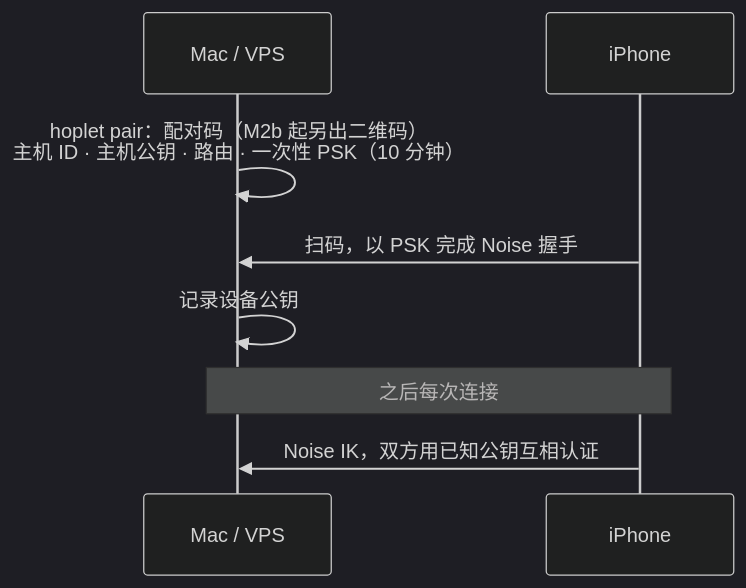
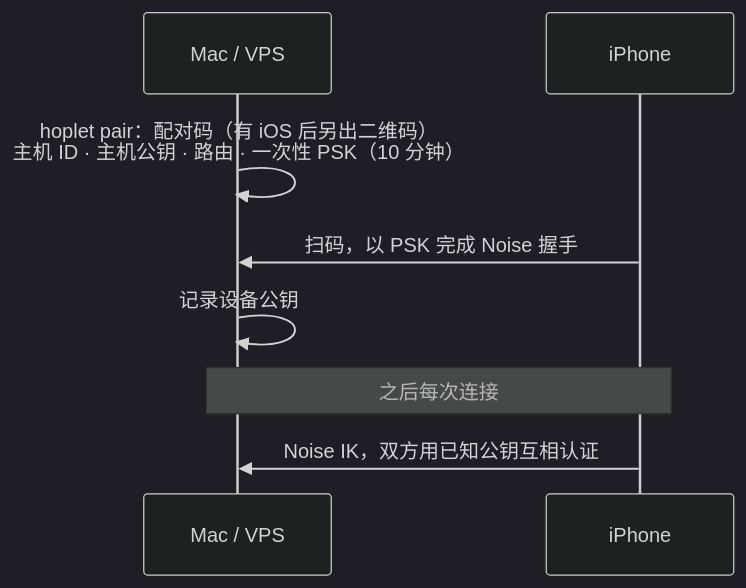
Before and after one commit to yangflow/hoplet: the second of 4 diagrams in docs/design/0006-connectivity-security.md, drawn with Mermaid (dark theme). The commit also changed other lines of this file and 16 other files, not shown here.

````diff
--- a/docs/design/0006-connectivity-security.md
+++ b/docs/design/0006-connectivity-security.md
@@ -55,10 +55,10 @@
 ```mermaid
 sequenceDiagram
     participant M as Mac / VPS
     participant P as iPhone
-    M->>M: hoplet pair：配对码（M2b 起另出二维码）<br/>主机 ID · 主机公钥 · 路由 · 一次性 PSK（10 分钟）
+    M->>M: hoplet pair：配对码（有 iOS 后另出二维码）<br/>主机 ID · 主机公钥 · 路由 · 一次性 PSK（10 分钟）
     P->>M: 扫码，以 PSK 完成 Noise 握手
     M->>M: 记录设备公钥
     Note over P,M: 之后每次连接
     P->>M: Noise IK，双方用已知公钥互相认证
 ```
````
